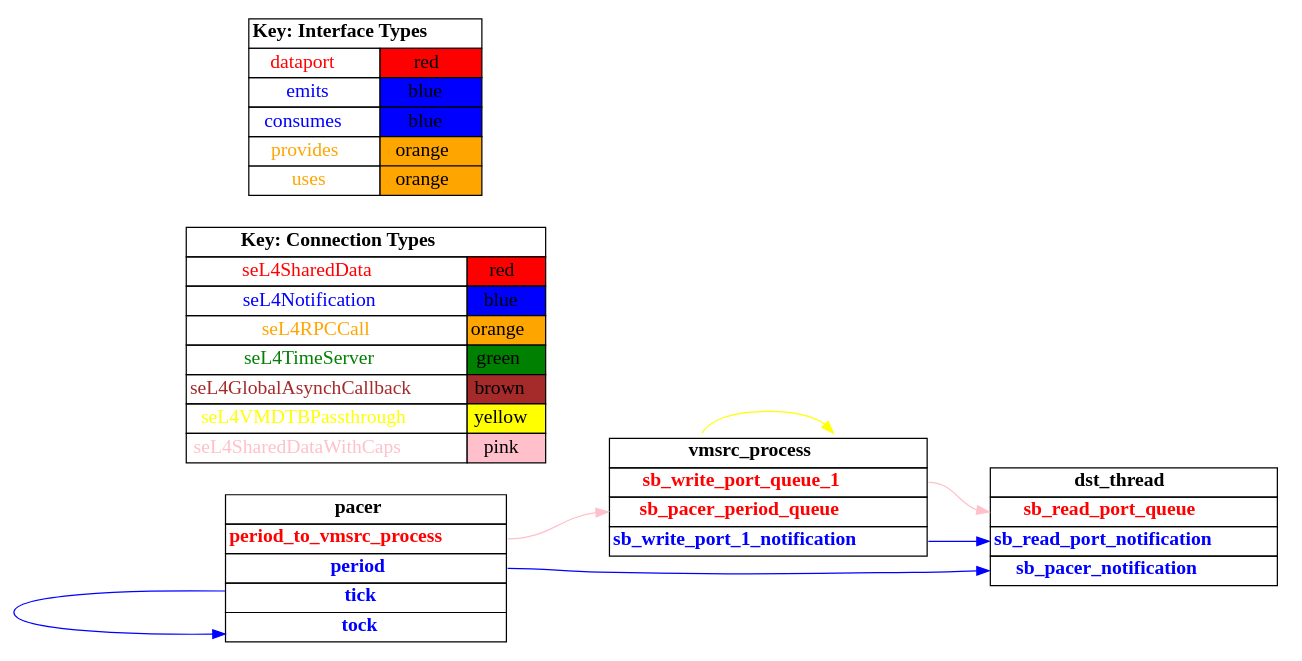
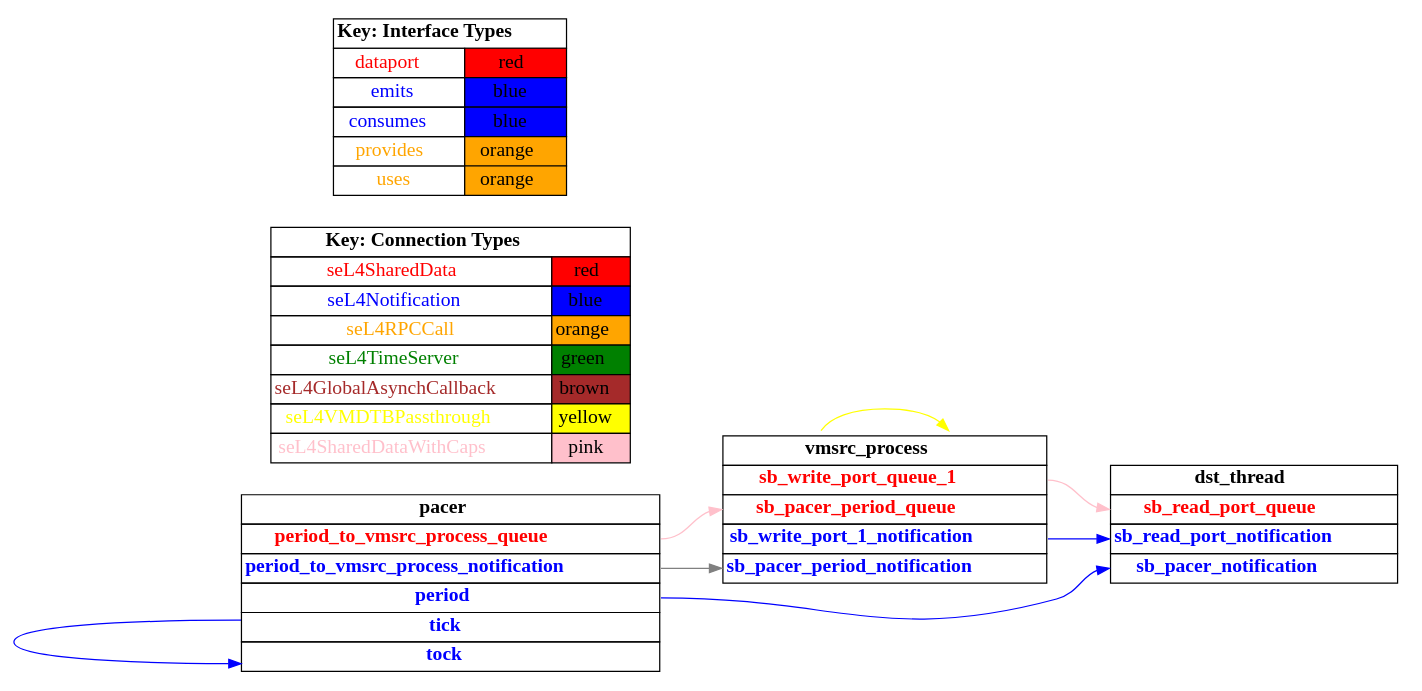
The diagram in TA5/tool-evaluation-4/HAMR/examples/test_event_data_port_periodic_domains_VM/sender_vm/CAmkES_seL4_Only/graph_simple.dot (loonwerks/CASE), drawn with Graphviz before and after one commit. The commit also changed 91 other files, not shown here.

```diff
--- a/TA5/tool-evaluation-4/HAMR/examples/test_event_data_port_periodic_domains_VM/sender_vm/CAmkES_seL4_Only/graph_simple.dot
+++ b/TA5/tool-evaluation-4/HAMR/examples/test_event_data_port_periodic_domains_VM/sender_vm/CAmkES_seL4_Only/graph_simple.dot
@@ -1,116 +1,124 @@
 digraph g {
 graph [
   overlap = false,
   rankdir = "LR"
 ];
 node [
   fontsize = "16",
   shape = "ellipse"
 ];
 edge [
 ];
 
 vmsrc_process [
   label=<
     <TABLE BORDER="0" CELLBORDER="1" CELLSPACING="0">
       <TR><TD><B>vmsrc_process</B></TD></TR>
       <TR><TD PORT="sb_write_port_queue_1"><FONT COLOR="red"><B>sb_write_port_queue_1</B></FONT></TD></TR>
       <TR><TD PORT="sb_pacer_period_queue"><FONT COLOR="red"><B>sb_pacer_period_queue</B></FONT></TD></TR>
-      <TR><TD PORT="sb_write_port_1_notification"><FONT COLOR="blue"><B>sb_write_port_1_notification</B></FONT></TD></TR>"
+      <TR><TD PORT="sb_write_port_1_notification"><FONT COLOR="blue"><B>sb_write_port_1_notification</B></FONT></TD></TR>
+      <TR><TD PORT="sb_pacer_period_notification"><FONT COLOR="blue"><B>sb_pacer_period_notification</B></FONT></TD></TR>"
     </TABLE>
   >
   shape=plaintext
 ];
 
 dst_thread [
   label=<
     <TABLE BORDER="0" CELLBORDER="1" CELLSPACING="0">
       <TR><TD><B>dst_thread</B></TD></TR>
       <TR><TD PORT="sb_read_port_queue"><FONT COLOR="red"><B>sb_read_port_queue</B></FONT></TD></TR>
       <TR><TD PORT="sb_read_port_notification"><FONT COLOR="blue"><B>sb_read_port_notification</B></FONT></TD></TR>
       <TR><TD PORT="sb_pacer_notification"><FONT COLOR="blue"><B>sb_pacer_notification</B></FONT></TD></TR>"
     </TABLE>
   >
   shape=plaintext
 ];
 
 pacer [
   label=<
     <TABLE BORDER="0" CELLBORDER="1" CELLSPACING="0">
       <TR><TD><B>pacer</B></TD></TR>
-      <TR><TD PORT="period_to_vmsrc_process"><FONT COLOR="red"><B>period_to_vmsrc_process</B></FONT></TD></TR>
+      <TR><TD PORT="period_to_vmsrc_process_queue"><FONT COLOR="red"><B>period_to_vmsrc_process_queue</B></FONT></TD></TR>
+      <TR><TD PORT="period_to_vmsrc_process_notification"><FONT COLOR="blue"><B>period_to_vmsrc_process_notification</B></FONT></TD></TR>
       <TR><TD PORT="period"><FONT COLOR="blue"><B>period</B></FONT></TD></TR>
       <TR><TD PORT="tick"><FONT COLOR="blue"><B>tick</B></FONT></TD></TR>
       <TR><TD PORT="tock"><FONT COLOR="blue"><B>tock</B></FONT></TD></TR>"
     </TABLE>
   >
   shape=plaintext
 ];
 
 connectiontypekey [
   label=<
    <TABLE BORDER="0" CELLBORDER="1" CELLSPACING="0">
      <TR><TD COLSPAN="2"><B>Key: Connection Types</B></TD></TR>
      <TR><TD><FONT COLOR="red">seL4SharedData</FONT></TD><TD BGCOLOR="red">red</TD></TR>
      <TR><TD><FONT COLOR="blue">seL4Notification</FONT></TD><TD BGCOLOR="blue">blue</TD></TR>
      <TR><TD><FONT COLOR="orange">seL4RPCCall</FONT></TD><TD BGCOLOR="orange">orange</TD></TR>
      <TR><TD><FONT COLOR="green">seL4TimeServer</FONT></TD><TD BGCOLOR="green">green</TD></TR>
      <TR><TD><FONT COLOR="brown">seL4GlobalAsynchCallback</FONT></TD><TD BGCOLOR="brown">brown</TD></TR>
      <TR><TD><FONT COLOR="yellow">seL4VMDTBPassthrough</FONT></TD><TD BGCOLOR="yellow">yellow</TD></TR>
      <TR><TD><FONT COLOR="pink">seL4SharedDataWithCaps</FONT></TD><TD BGCOLOR="pink">pink</TD></TR>
    </TABLE>
   >
   shape=plaintext
 ];
 
 interfacetypekey [
   label=<
    <TABLE BORDER="0" CELLBORDER="1" CELLSPACING="0">
      <TR><TD COLSPAN="2"><B>Key: Interface Types</B></TD></TR>
      <TR><TD><FONT COLOR="red">dataport</FONT></TD><TD BGCOLOR="red">red</TD></TR>
      <TR><TD><FONT COLOR="blue">emits</FONT></TD><TD BGCOLOR="blue">blue</TD></TR>
      <TR><TD><FONT COLOR="blue">consumes</FONT></TD><TD BGCOLOR="blue">blue</TD></TR>
      <TR><TD><FONT COLOR="orange">provides</FONT></TD><TD BGCOLOR="orange">orange</TD></TR>
      <TR><TD><FONT COLOR="orange">uses</FONT></TD><TD BGCOLOR="orange">orange</TD></TR>
    </TABLE>
   >
   shape=plaintext
 ];
 
 "vmsrc_process":dtb_self -> "vmsrc_process":dtb [
   color="yellow"
   //label = "seL4VMDTBPassthrough"
   id = conn1
 ];
 
 "vmsrc_process":sb_write_port_1_notification -> "dst_thread":sb_read_port_notification [
   color="blue"
   //label = "seL4Notification"
   id = conn2
 ];
 
 "vmsrc_process":sb_write_port_queue_1 -> "dst_thread":sb_read_port_queue [
   color="pink"
   //label = "seL4SharedDataWithCaps"
   id = conn3
 ];
 
 "pacer":tick -> "pacer":tock [
   color="blue"
   //label = "seL4Notification"
   id = conn4
 ];
 
-"pacer":period_to_vmsrc_process -> "vmsrc_process":sb_pacer_period_queue [
+"pacer":period_to_vmsrc_process_notification -> "vmsrc_process":sb_pacer_period_notification [
+  color="grey"
+  //label = "seL4GlobalAsynch"
+  id = conn5
+];
+
+"pacer":period_to_vmsrc_process_queue -> "vmsrc_process":sb_pacer_period_queue [
   color="pink"
   //label = "seL4SharedDataWithCaps"
-  id = conn5
+  id = conn6
 ];
 
 "pacer":period -> "dst_thread":sb_pacer_notification [
   color="blue"
   //label = "seL4Notification"
-  id = conn6
+  id = conn7
 ];
 
 }
```
